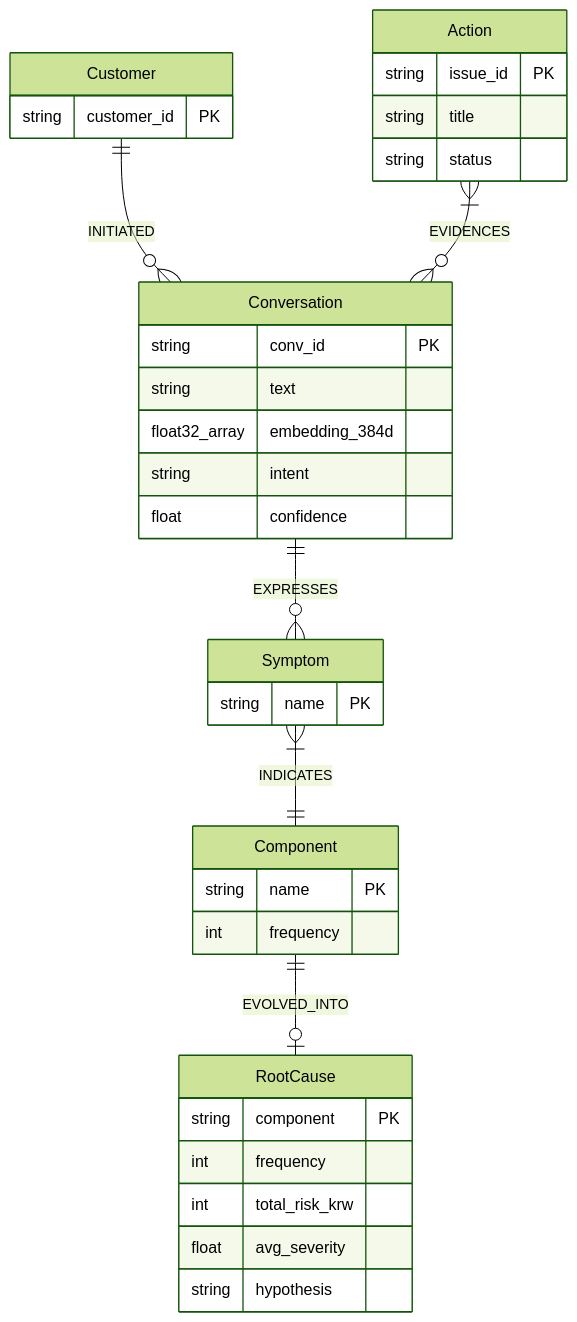
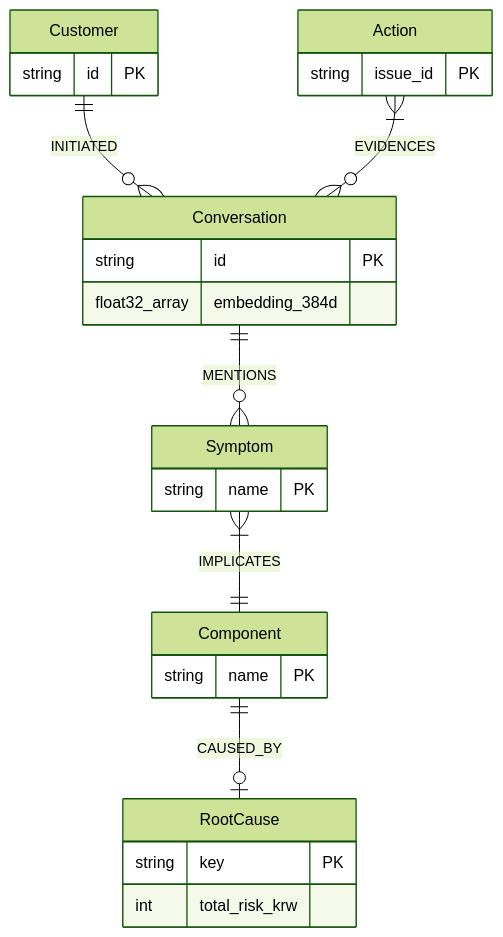
One commit to kanziman/channel-voc-demo changed the third of 4 diagrams in README.md. Above: the diagram before and after it, drawn with Mermaid (forest theme).

Commit message:
docs(readme): compact ERD diagram attribute fields in section 2

````diff
--- a/README.md
+++ b/README.md
@@ -131,38 +131,29 @@
 ```mermaid
 erDiagram
     Customer ||--o{ Conversation : INITIATED
-    Conversation ||--o{ Symptom : EXPRESSES
-    Symptom }|--|| Component : INDICATES
-    Component ||--o| RootCause : EVOLVED_INTO
+    Conversation ||--o{ Symptom : MENTIONS
+    Symptom }|--|| Component : IMPLICATES
+    Component ||--o| RootCause : CAUSED_BY
     Action }|--o{ Conversation : EVIDENCES
 
     Customer {
-        string customer_id PK
+        string id PK
     }
     Conversation {
-        string conv_id PK
-        string text
+        string id PK
         float32_array embedding_384d
-        string intent
-        float confidence
     }
     Symptom {
         string name PK
     }
     Component {
         string name PK
-        int frequency
     }
     RootCause {
-        string component PK
-        int frequency
+        string key PK
         int total_risk_krw
-        float avg_severity
-        string hypothesis
     }
     Action {
         string issue_id PK
-        string title
-        string status
     }
 ```
````
